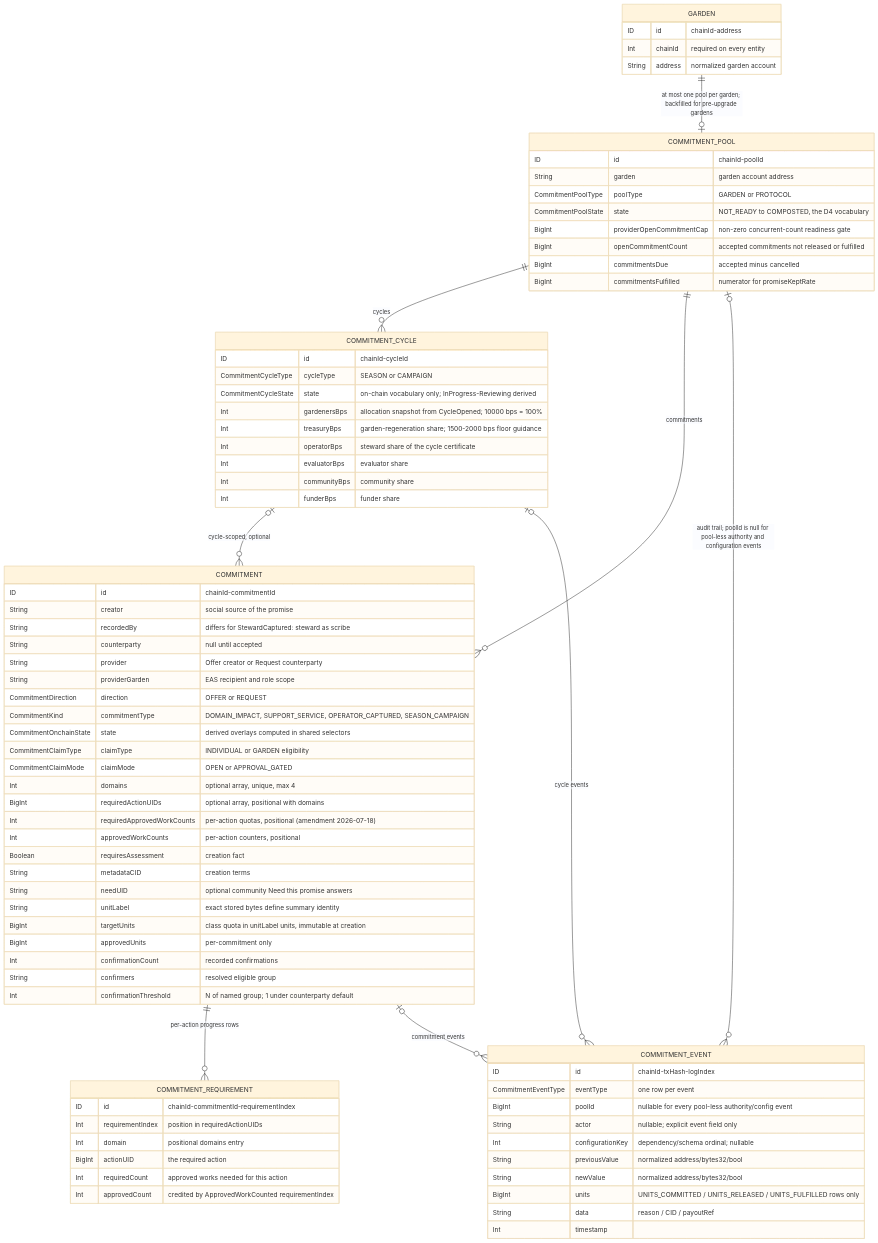
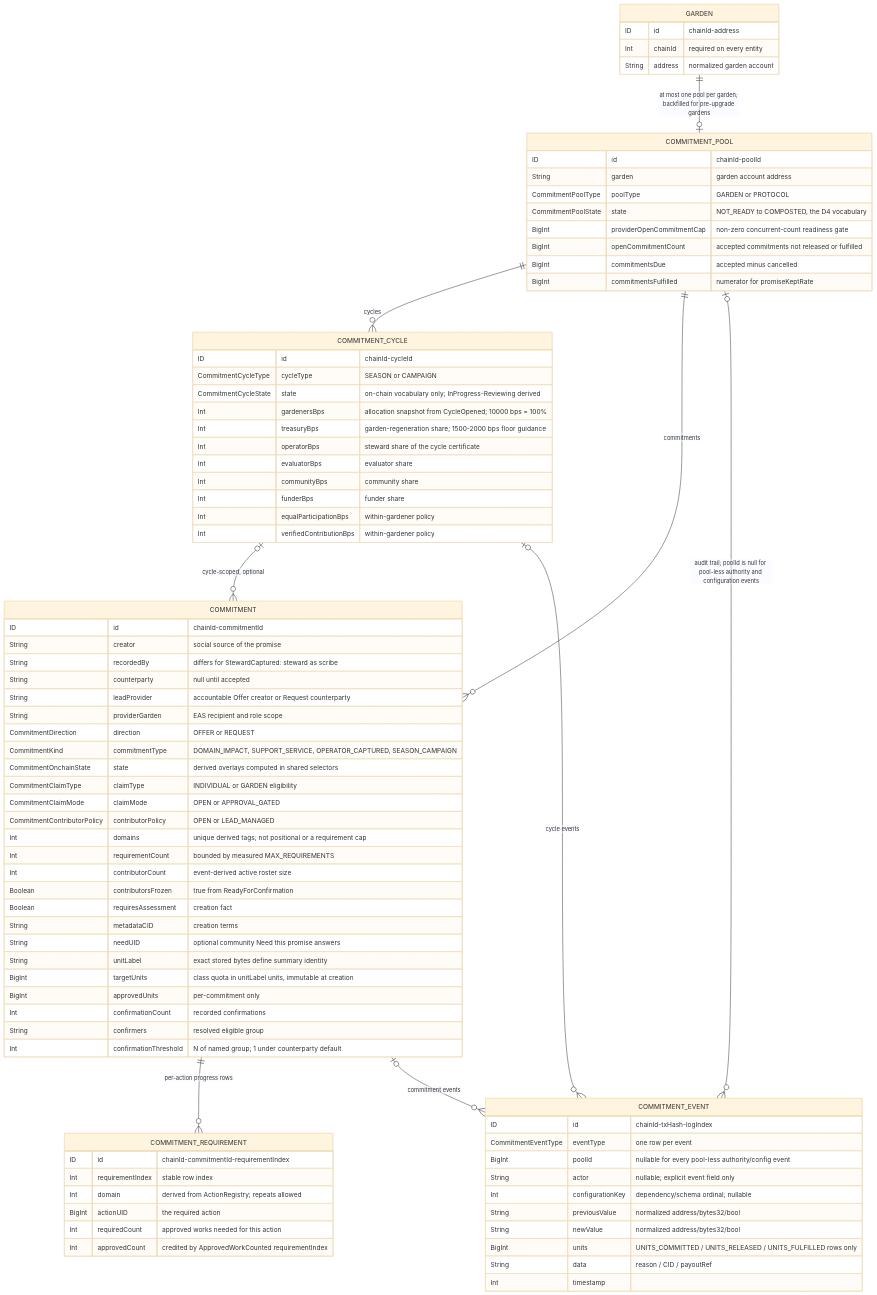
Before and after one commit to greenpill-dev-guild/green-goods: diagram 15 of 35 in .plans/active/commitment-pooling/diagrams.md, drawn with Mermaid (base theme). The commit also changed other lines of this file and 40 other files, not shown here.

```diff
--- a/.plans/active/commitment-pooling/diagrams.md
+++ b/.plans/active/commitment-pooling/diagrams.md
@@ -700,6 +700,8 @@
     Int evaluatorBps "evaluator share"
     Int communityBps "community share"
     Int funderBps "funder share"
+    Int equalParticipationBps "within-gardener policy"
+    Int verifiedContributionBps "within-gardener policy"
   }
 
   COMMITMENT {
@@ -707,17 +709,18 @@
     String creator "social source of the promise"
     String recordedBy "differs for StewardCaptured: steward as scribe"
     String counterparty "null until accepted"
-    String provider "Offer creator or Request counterparty"
+    String leadProvider "accountable Offer creator or Request counterparty"
     String providerGarden "EAS recipient and role scope"
     CommitmentDirection direction "OFFER or REQUEST"
     CommitmentKind commitmentType "DOMAIN_IMPACT, SUPPORT_SERVICE, OPERATOR_CAPTURED, SEASON_CAMPAIGN"
     CommitmentOnchainState state "derived overlays computed in shared selectors"
     CommitmentClaimType claimType "INDIVIDUAL or GARDEN eligibility"
     CommitmentClaimMode claimMode "OPEN or APPROVAL_GATED"
-    Int domains "optional array, unique, max 4"
-    BigInt requiredActionUIDs "optional array, positional with domains"
-    Int requiredApprovedWorkCounts "per-action quotas, positional (amendment 2026-07-18)"
-    Int approvedWorkCounts "per-action counters, positional"
+    CommitmentContributorPolicy contributorPolicy "OPEN or LEAD_MANAGED"
+    Int domains "unique derived tags; not positional or a requirement cap"
+    Int requirementCount "bounded by measured MAX_REQUIREMENTS"
+    Int contributorCount "event-derived active roster size"
+    Boolean contributorsFrozen "true from ReadyForConfirmation"
     Boolean requiresAssessment "creation fact"
     String metadataCID "creation terms"
     String needUID "optional community Need this promise answers"
@@ -731,8 +734,8 @@
 
   COMMITMENT_REQUIREMENT {
     ID id "chainId-commitmentId-requirementIndex"
-    Int requirementIndex "position in requiredActionUIDs"
-    Int domain "positional domains entry"
+    Int requirementIndex "stable row index"
+    Int domain "derived from ActionRegistry; repeats allowed"
     BigInt actionUID "the required action"
     Int requiredCount "approved works needed for this action"
     Int approvedCount "credited by ApprovedWorkCounted requirementIndex"
```
